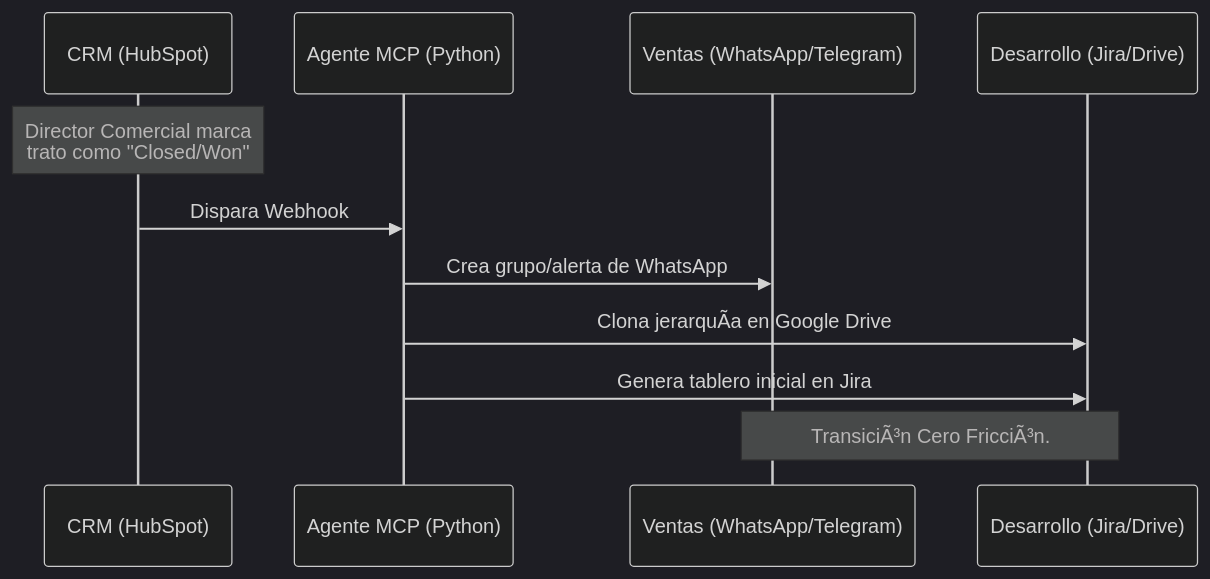
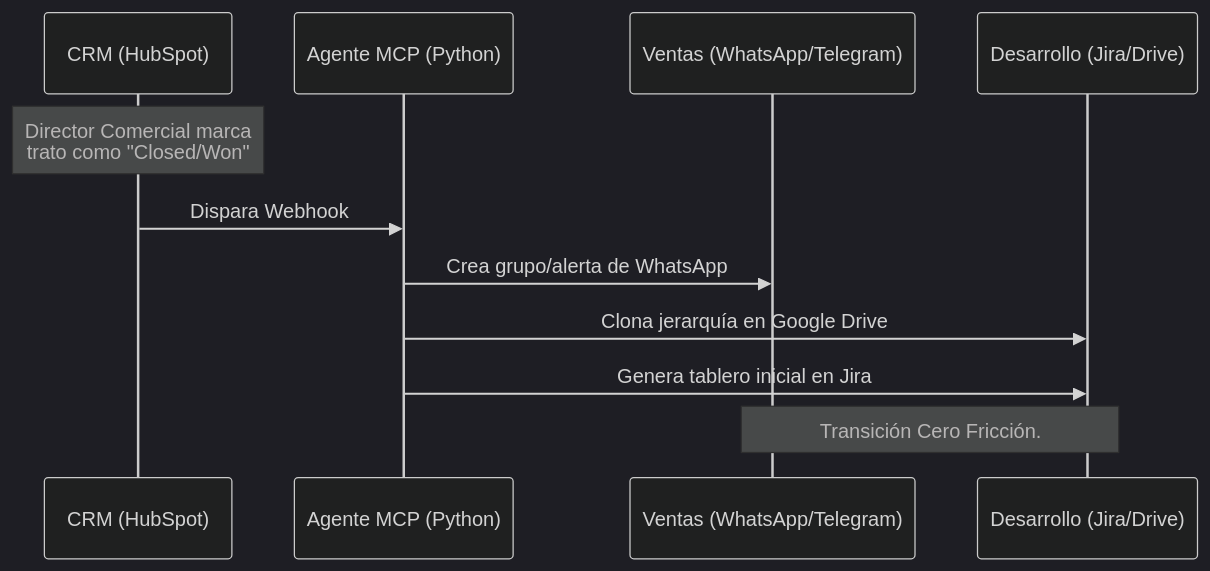
Before and after one commit to jahflavio/bluepixel: the second of 3 diagrams in 02_Estrategia_B2B/estrategia_captacion_b2b.md, drawn with Mermaid (dark theme). The commit also changed other lines of this file and 20 other files, not shown here.

````diff
--- a/02_Estrategia_B2B/estrategia_captacion_b2b.md
+++ b/02_Estrategia_B2B/estrategia_captacion_b2b.md
@@ -210,13 +210,13 @@
 ```mermaid
 sequenceDiagram
     participant HubSpot as CRM (HubSpot)
     participant MCP as Agente MCP (Python)
     participant WA as Ventas (WhatsApp/Telegram)
     participant Dev as Desarrollo (Jira/Drive)
     Note over HubSpot: Director Comercial marca<br/>trato como "Closed/Won"
     HubSpot->>MCP: Dispara Webhook
     MCP->>WA: Crea grupo/alerta de WhatsApp
-    MCP->>Dev: Clona jerarquÃ­a en Google Drive
+    MCP->>Dev: Clona jerarquía en Google Drive
     MCP->>Dev: Genera tablero inicial en Jira
-    Note over WA,Dev: TransiciÃ³n Cero FricciÃ³n.
+    Note over WA,Dev: Transición Cero Fricción.
 ```
````
